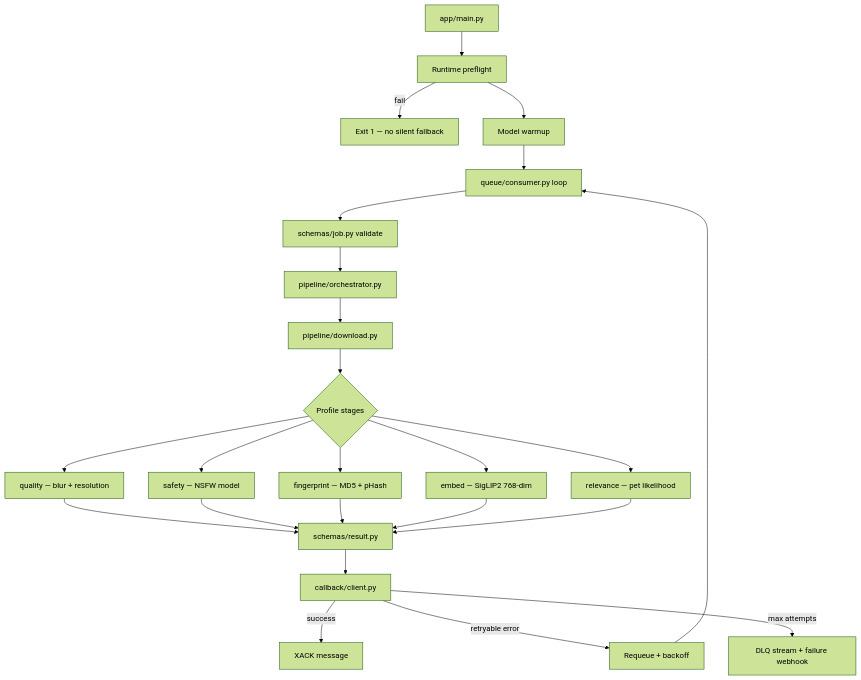
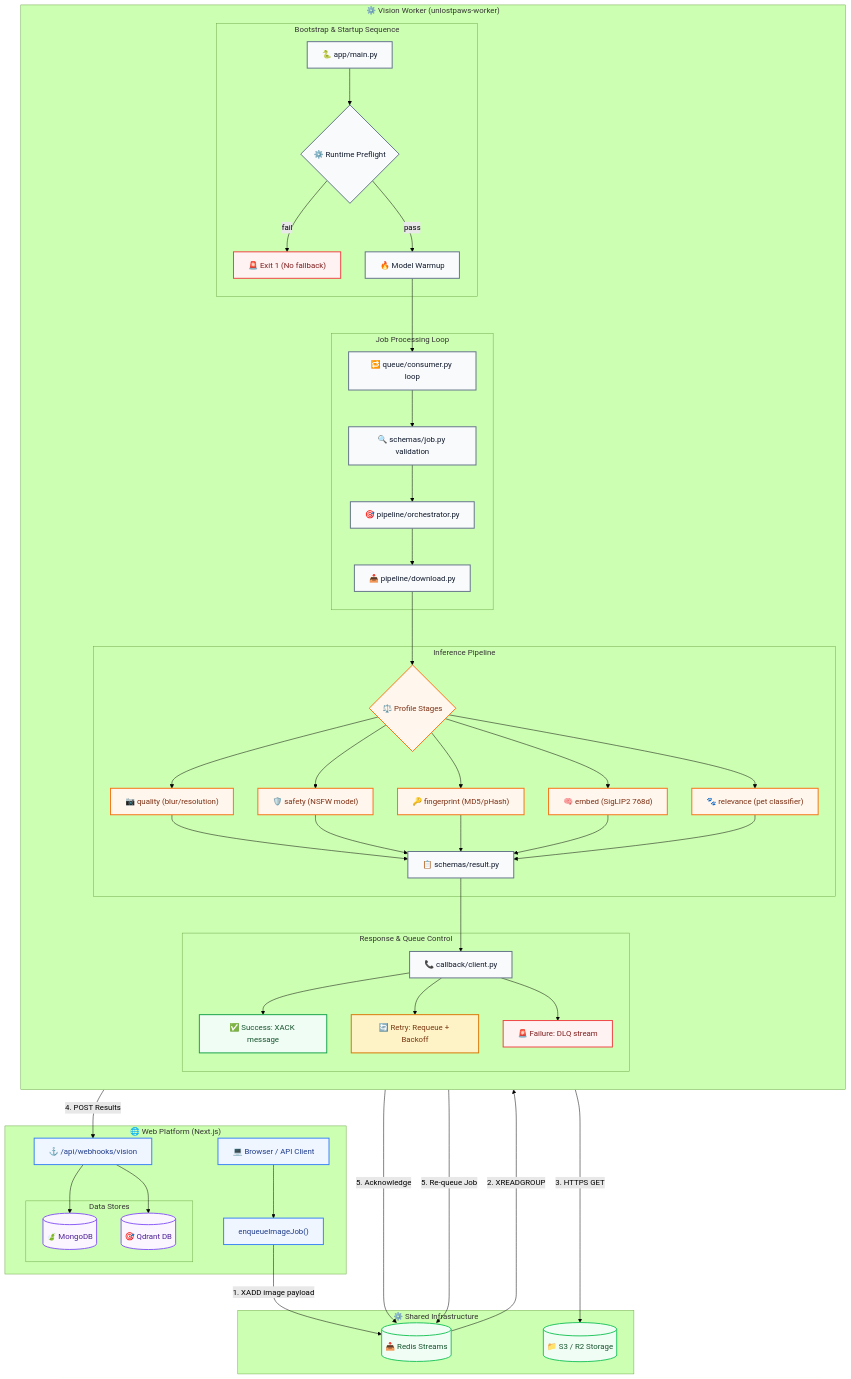
The diagram in README.md (the-dot-squad/unlostpaws-worker), drawn with Mermaid (forest theme) before and after one commit. The commit also changed other lines of this file and 8 other files, not shown here.

````diff
--- a/README.md
+++ b/README.md
@@ -51,30 +15,121 @@
 ```mermaid
-flowchart TD
-    start[app/main.py] --> preflight[Runtime preflight]
-    preflight -->|fail| exit1[Exit 1 — no silent fallback]
-    preflight --> warmup[Model warmup]
-    warmup --> consumer[queue/consumer.py loop]
+flowchart TB
+    %% Subgraphs representing structural layers
+    subgraph Web["🌐 Web Platform (Next.js)"]
+        UI["💻 Browser / API Client"]
+        Enqueue["enqueueImageJob()"]
+        Webhook["⚓ /api/webhooks/vision"]
+        
+        subgraph DBs["Data Stores"]
+            Mongo[("🍃 MongoDB")]
+            Qdrant[("🎯 Qdrant DB")]
+        end
+    end
 
-    consumer --> parse[schemas/job.py validate]
-    parse --> orch[pipeline/orchestrator.py]
-    orch --> dl[pipeline/download.py]
-    dl --> stages{Profile stages}
+    subgraph Infra["⚙️ Shared Infrastructure"]
+        Redis[("📥 Redis Streams")]
+        S3[("📁 S3 / R2 Storage")]
+    end
 
-    stages --> quality[quality — blur + resolution]
-    stages --> safety[safety — NSFW model]
-    stages --> fp[fingerprint — MD5 + pHash]
-    stages --> embed[embed — SigLIP2 768-dim]
-    stages --> rel[relevance — pet likelihood]
+    subgraph Worker["⚙️ Vision Worker (unlostpaws-worker)"]
+        direction TB
 
-    quality --> result[schemas/result.py]
+        subgraph Startup["Bootstrap & Startup Sequence"]
+            start["🐍 app/main.py"]
+            preflight{"⚙️ Runtime Preflight"}
+            exit1["🚨 Exit 1 (No fallback)"]
+            warmup["🔥 Model Warmup"]
+        end
+
+        subgraph Process["Job Processing Loop"]
+            consumer["🔁 queue/consumer.py loop"]
+            parse["🔍 schemas/job.py validation"]
+            orch["🎯 pipeline/orchestrator.py"]
+            dl["📥 pipeline/download.py"]
+        end
+
+        subgraph Inference["Inference Pipeline"]
+            stages{"⚖️ Profile Stages"}
+            quality["📷 quality (blur/resolution)"]
+            safety["🛡️ safety (NSFW model)"]
+            fp["🔑 fingerprint (MD5/pHash)"]
+            embed["🧠 embed (SigLIP2 768d)"]
+            rel["🐾 relevance (pet classifier)"]
+            result["📋 schemas/result.py"]
+        end
+
+        subgraph Out["Response & Queue Control"]
+            cb["📞 callback/client.py"]
+            ack["✅ Success: XACK message"]
+            requeue["🔄 Retry: Requeue + Backoff"]
+            dlq["🚨 Failure: DLQ stream"]
+        end
+    end
+
+    %% Web Platform -> Infrastructure
+    UI --> Enqueue
+    Enqueue -->|1. XADD image payload| Redis
+
+    %% Worker Lifecycle
+    start --> preflight
+    preflight -->|fail| exit1
+    preflight -->|pass| warmup
+    warmup --> consumer
+
+    %% Processing Flow
+    Redis -->|2. XREADGROUP| consumer
+    consumer --> parse
+    parse --> orch
+    orch --> dl
+    dl -->|3. HTTPS GET| S3
+    dl --> stages
+
+    %% Inference Execution
+    stages --> quality
+    stages --> safety
+    stages --> fp
+    stages --> embed
+    stages --> rel
+
+    %% Consolidate Results
+    quality --> result
     safety --> result
     fp --> result
     embed --> result
     rel --> result
 
-    result --> cb[callback/client.py]
-    cb -->|success| ack[XACK message]
-    cb -->|retryable error| requeue[Requeue + backoff]
-    requeue --> consumer
-    cb -->|max attempts| dlq[DLQ stream + failure webhook]
+    result --> cb
+
+    %% Feedback and Control Loops
+    cb -->|4. POST Results| Webhook
+    cb --> ack
+    cb --> requeue
+    cb --> dlq
+
+    ack -->|5. Acknowledge| Redis
+    requeue -->|5. Re-queue Job| Redis
+
+    %% Webhook Database Sync
+    Webhook --> Mongo
+    Webhook --> Qdrant
+
+    %% Apply CSS Styles
+    class UI,Enqueue,Webhook web;
+    class Mongo,Qdrant db;
+    class Redis,S3 infra;
+    class start,preflight,warmup,consumer,parse,orch,dl,result,cb worker;
+    class stages,quality,safety,fp,embed,rel stage;
+    class exit1,dlq err;
+    class ack success;
+    class requeue retry;
+
+    %% Visual Styling Classes
+    classDef web fill:#eff6ff,stroke:#3b82f6,stroke-width:2px,color:#1e3a8a;
+    classDef db fill:#faf5ff,stroke:#8b5cf6,stroke-width:2px,color:#4c1d95;
+    classDef infra fill:#f0fdf4,stroke:#22c55e,stroke-width:2px,color:#14532d;
+    classDef worker fill:#f8fafc,stroke:#64748b,stroke-width:2px,color:#0f172a;
+    classDef stage fill:#fff7ed,stroke:#f97316,stroke-width:2px,color:#7c2d12;
+    classDef success fill:#f0fdf4,stroke:#16a34a,stroke-width:2px,color:#14532d;
+    classDef retry fill:#fef3c7,stroke:#d97706,stroke-width:2px,color:#78350f;
+    classDef err fill:#fef2f2,stroke:#ef4444,stroke-width:2px,color:#7f1d1d;
 ```
````
